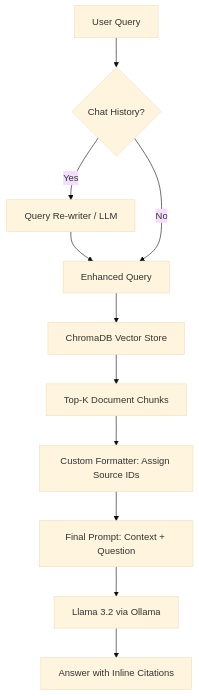
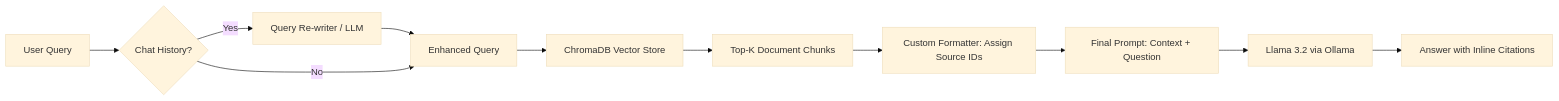
One commit to AditiSony/battery-research-data-assistant changed the diagram in README.md. Above: the diagram before and after it, drawn with Mermaid (base theme).

Commit message:
fix(README): change graph alignment

````diff
--- a/README.md
+++ b/README.md
@@ -8,13 +8,13 @@
 ```mermaid
-graph TD
+graph LR
     A[User Query] --> B{Chat History?}
     B -- Yes --> C[Query Re-writer / LLM]
     C --> D[Enhanced Query]
     B -- No --> D
     D --> E[ChromaDB Vector Store]
     E --> F[Top-K Document Chunks]
     F --> G[Custom Formatter: Assign Source IDs]
     G --> H[Final Prompt: Context + Question]
     H --> I[Llama 3.2 via Ollama]
     I --> J[Answer with Inline Citations]
   ```
````
